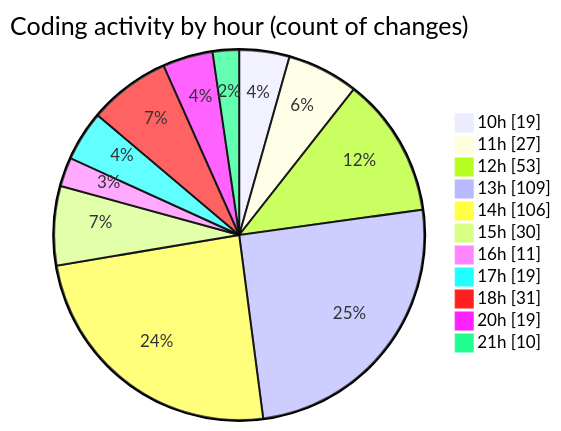
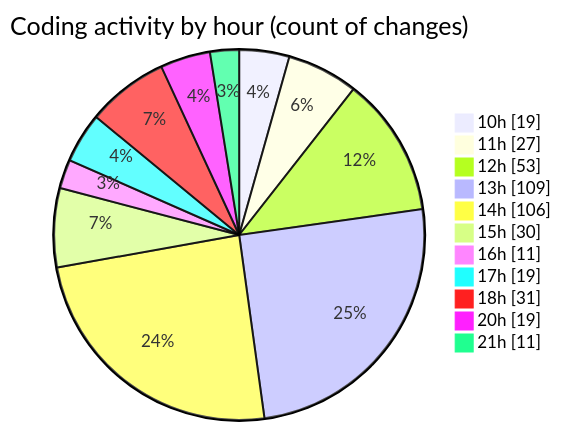
The second of 2 diagrams in 2025-03-18/cda/README.md (momahboobian/code-tracking), drawn with Mermaid before and after one commit. The commit also changed other lines of this file and 1 other file, not shown here.

````diff
--- a/2025-03-18/cda/README.md
+++ b/2025-03-18/cda/README.md
@@ -44,15 +44,15 @@
 ```mermaid
 pie showData
 title Coding activity by hour (count of changes)
 "10h" : 19
 "11h" : 27
 "12h" : 53
 "13h" : 109
 "14h" : 106
 "15h" : 30
 "16h" : 11
 "17h" : 19
 "18h" : 31
 "20h" : 19
-"21h" : 10
+"21h" : 11
 ```
````
